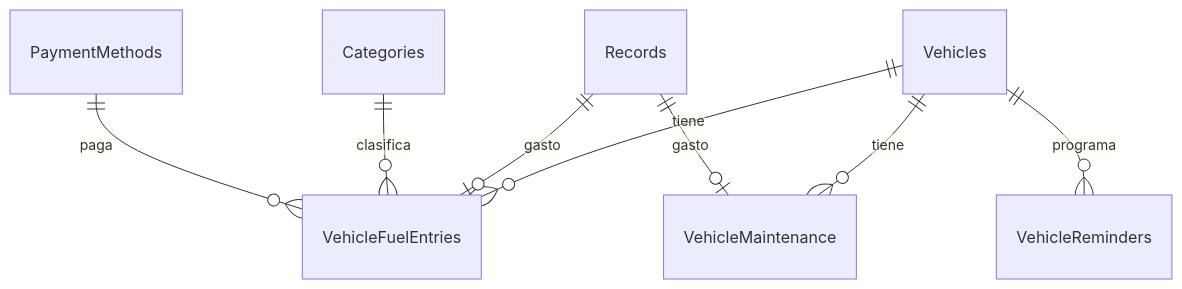
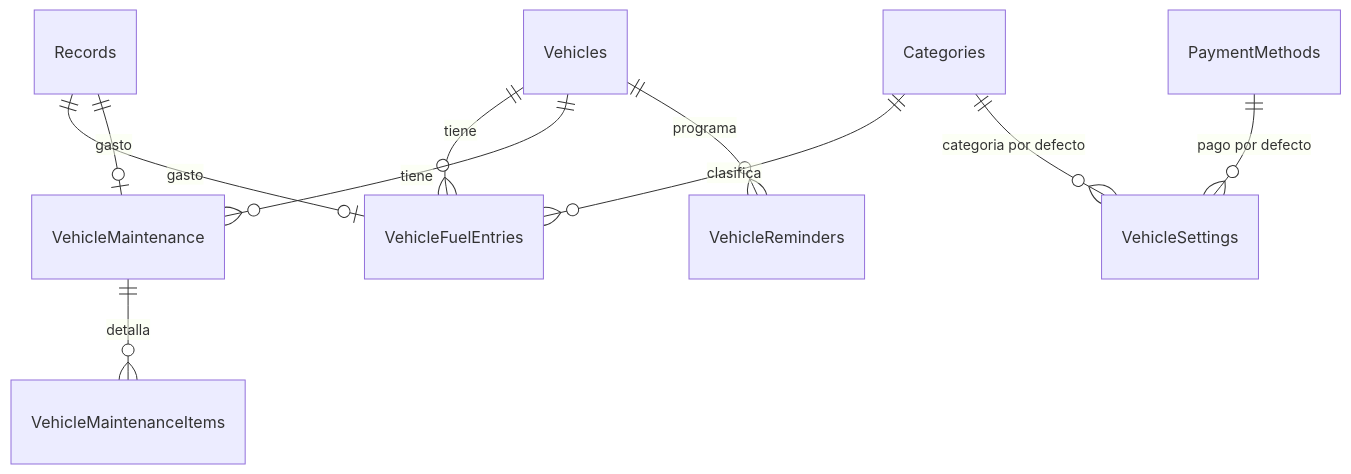
Before and after one commit to Ronald-Benitez/PocketTool: the diagram in docs/vehicle-plan.md, drawn with Mermaid. The commit also changed other lines of this file and 1 other file, not shown here.

First line of the commit message:
docs(vehicle): refine phase 8 requirements and scope

````diff
--- a/docs/vehicle-plan.md
+++ b/docs/vehicle-plan.md
@@ -165,10 +177,12 @@
 ```mermaid
 erDiagram
   Vehicles ||--o{ VehicleFuelEntries : "tiene"
   Vehicles ||--o{ VehicleMaintenance : "tiene"
   Vehicles ||--o{ VehicleReminders : "programa"
+  VehicleMaintenance ||--o{ VehicleMaintenanceItems : "detalla"
   Records ||--o| VehicleFuelEntries : "gasto"
   Records ||--o| VehicleMaintenance : "gasto"
   Categories ||--o{ VehicleFuelEntries : "clasifica"
-  PaymentMethods ||--o{ VehicleFuelEntries : "paga"
+  Categories ||--o{ VehicleSettings : "categoria por defecto"
+  PaymentMethods ||--o{ VehicleSettings : "pago por defecto"
 ```
````
